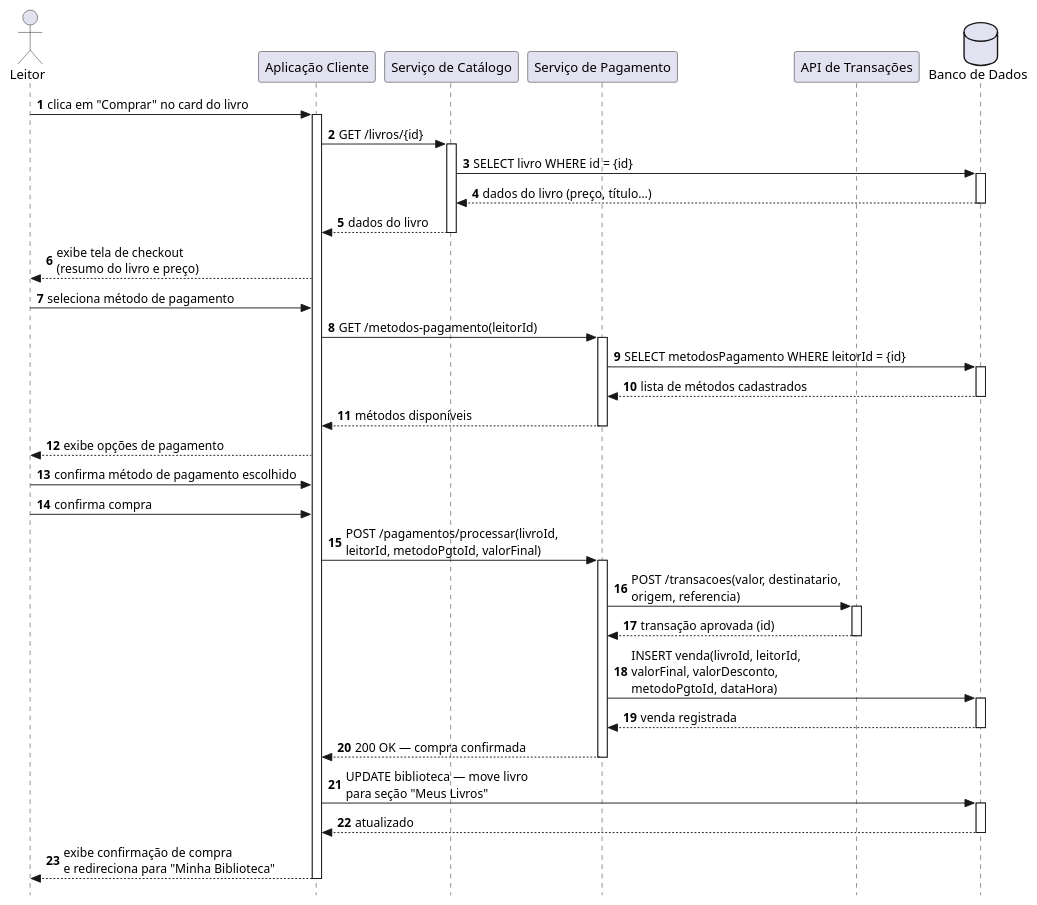
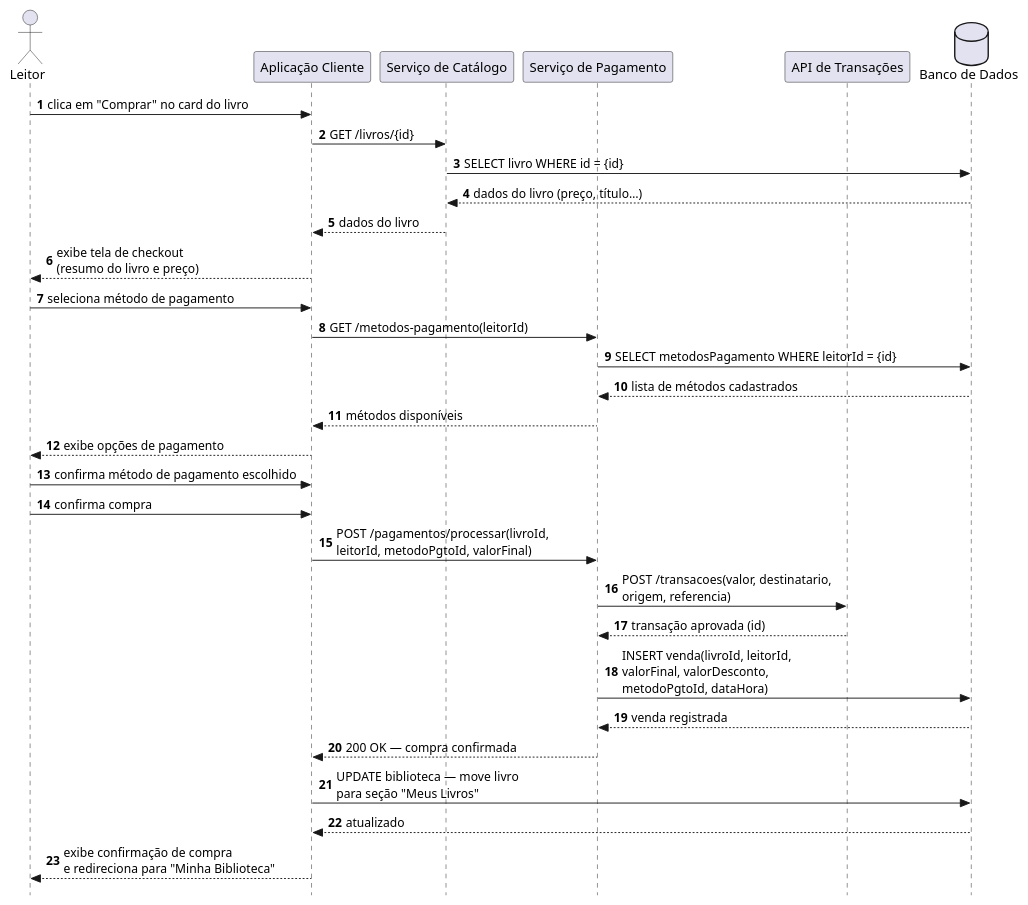
The diagram in docs/codigo-plantuml/diagramas-comunicacao/catalogo/dc-comprar_livros.puml (jalv21/iLib), drawn with PlantUML before and after one commit.

Commit message:
docs/criando diagrama de comunicação para comprar livros

```diff
--- a/docs/codigo-plantuml/diagramas-comunicacao/catalogo/dc-comprar_livros.puml
+++ b/docs/codigo-plantuml/diagramas-comunicacao/catalogo/dc-comprar_livros.puml
@@ -1,65 +1,47 @@
-@startuml ds-comprar_livros
+@startuml dc-comprar_livros
 autonumber
 skinparam style strictuml
 
 actor Leitor as "Leitor"
 participant Client          as "Aplicação Cliente"
 participant ServiceCatalogo as "Serviço de Catálogo"
 participant ServicePgto     as "Serviço de Pagamento"
 participant APITransacao     as "API de Transações"
 database    BD              as "Banco de Dados"
 
 Leitor -> Client : clica em "Comprar" no card do livro
-activate Client
 
 Client -> ServiceCatalogo : GET /livros/{id}
-activate ServiceCatalogo
 ServiceCatalogo -> BD : SELECT livro WHERE id = {id}
-activate BD
 BD --> ServiceCatalogo : dados do livro (preço, título…)
-deactivate BD
 ServiceCatalogo --> Client : dados do livro
-deactivate ServiceCatalogo
 
 Client --> Leitor : exibe tela de checkout\n(resumo do livro e preço)
 
 ' ── include: selecionar_metodo_pgto ──────
 Leitor -> Client : seleciona método de pagamento
 Client -> ServicePgto : GET /metodos-pagamento(leitorId)
-activate ServicePgto
 ServicePgto -> BD : SELECT metodosPagamento WHERE leitorId = {id}
-activate BD
 BD --> ServicePgto : lista de métodos cadastrados
-deactivate BD
 ServicePgto --> Client : métodos disponíveis
-deactivate ServicePgto
 Client --> Leitor : exibe opções de pagamento
 Leitor -> Client  : confirma método de pagamento escolhido
 ' ─────────────────────────────────────────
 
 Leitor -> Client : confirma compra
 Client -> ServicePgto : POST /pagamentos/processar(livroId,\nleitorId, metodoPgtoId, valorFinal)
-activate ServicePgto
 
 ServicePgto -> APITransacao : POST /transacoes(valor, destinatario,\norigem, referencia)
-activate APITransacao
 APITransacao --> ServicePgto : transação aprovada (id)
-deactivate APITransacao
 
 ServicePgto -> BD : INSERT venda(livroId, leitorId,\nvalorFinal, valorDesconto,\nmetodoPgtoId, dataHora)
-activate BD
 BD --> ServicePgto : venda registrada
-deactivate BD
 
 ServicePgto --> Client : 200 OK — compra confirmada
-deactivate ServicePgto
 
 Client -> BD : UPDATE biblioteca — move livro\npara seção "Meus Livros"
-activate BD
 BD --> Client : atualizado
-deactivate BD
 
 Client --> Leitor : exibe confirmação de compra\ne redireciona para "Minha Biblioteca"
-deactivate Client
 
 @enduml
```
